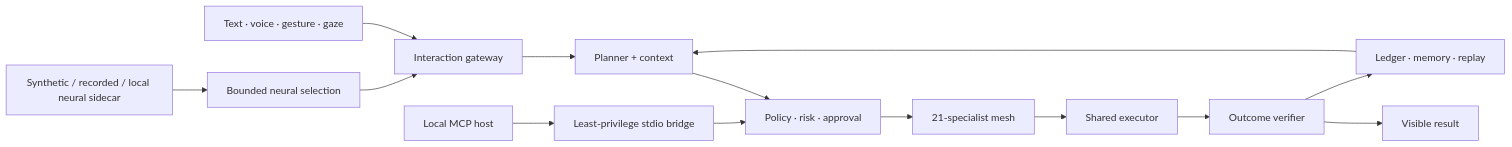
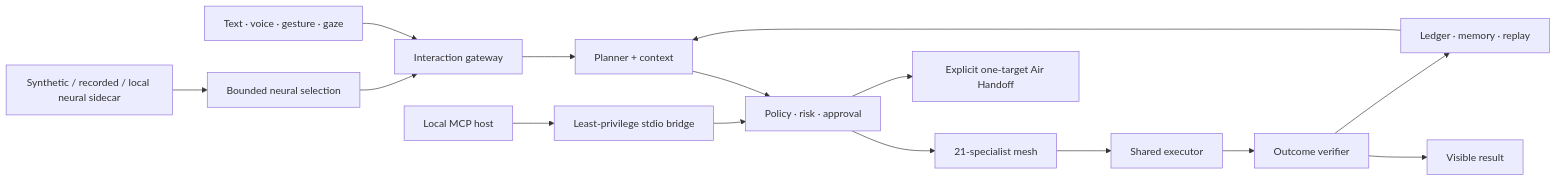
Before and after one commit to Abhi190702/Heliox-OS: the diagram in README.md, drawn with Mermaid. The commit also changed other lines of this file and 3 other files, not shown here.

Commit message:
docs: document secure Air Handoff boundaries

````diff
--- a/README.md
+++ b/README.md
@@ -127,16 +129,17 @@
 ```mermaid
 flowchart LR
     Input[Text · voice · gesture · gaze] --> Gateway[Interaction gateway]
     Gateway --> Planner[Planner + context]
     Planner --> Safety[Policy · risk · approval]
     Safety --> Mesh[21-specialist mesh]
     Mesh --> Executor[Shared executor]
     Executor --> Verifier[Outcome verifier]
     Verifier --> Result[Visible result]
     Verifier --> Memory[Ledger · memory · replay]
     Memory --> Planner
     Neurod[Synthetic / recorded / local neural sidecar] --> NeuralSelect[Bounded neural selection]
     NeuralSelect --> Gateway
     MCPHost[Local MCP host] --> MCPBridge[Least-privilege stdio bridge]
     MCPBridge --> Safety
+    Safety --> Handoff[Explicit one-target Air Handoff]
 ```
````
